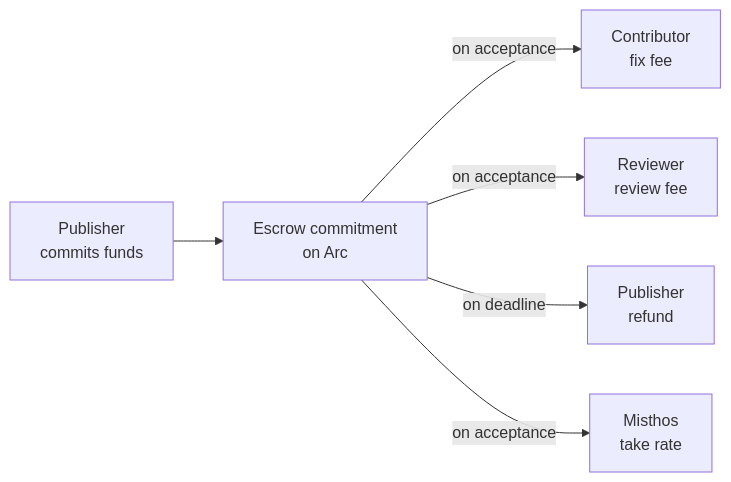
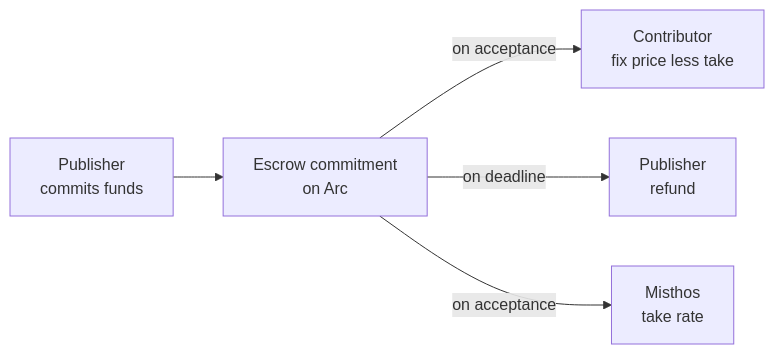
Before and after one commit to vanduc2514/hackathon-circle-misthos: the fifth of 5 diagrams in docs/misthos/05-how-it-works.md, drawn with Mermaid. The commit also changed other lines of this file and 27 other files, not shown here.

First line of the commit message:
The platform owns review: drop the reviewer role and the review fee (#3) (#4)

````diff
--- a/docs/misthos/05-how-it-works.md
+++ b/docs/misthos/05-how-it-works.md
@@ -175,8 +171,7 @@
 ```mermaid
 flowchart LR
     P["Publisher<br/>commits funds"] --> E["Escrow commitment<br/>on Arc"]
-    E -->|"on acceptance"| C["Contributor<br/>fix fee"]
-    E -->|"on acceptance"| R["Reviewer<br/>review fee"]
+    E -->|"on acceptance"| C["Contributor<br/>fix price less take"]
     E -->|"on deadline"| P2["Publisher<br/>refund"]
     E -->|"on acceptance"| F["Misthos<br/>take rate"]
 ```
````
